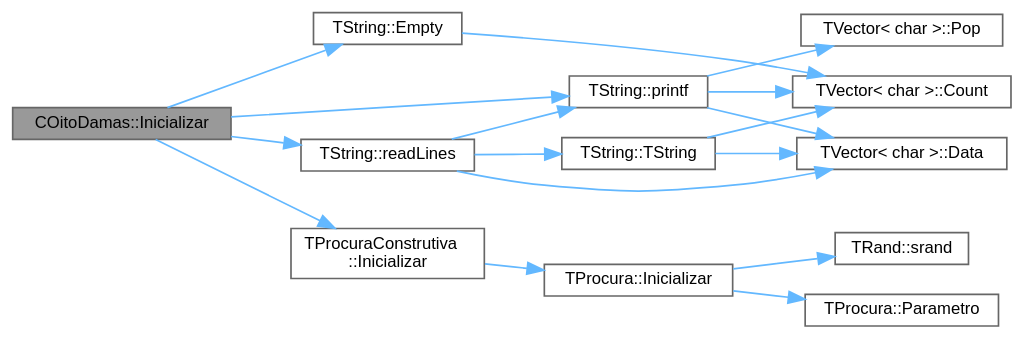
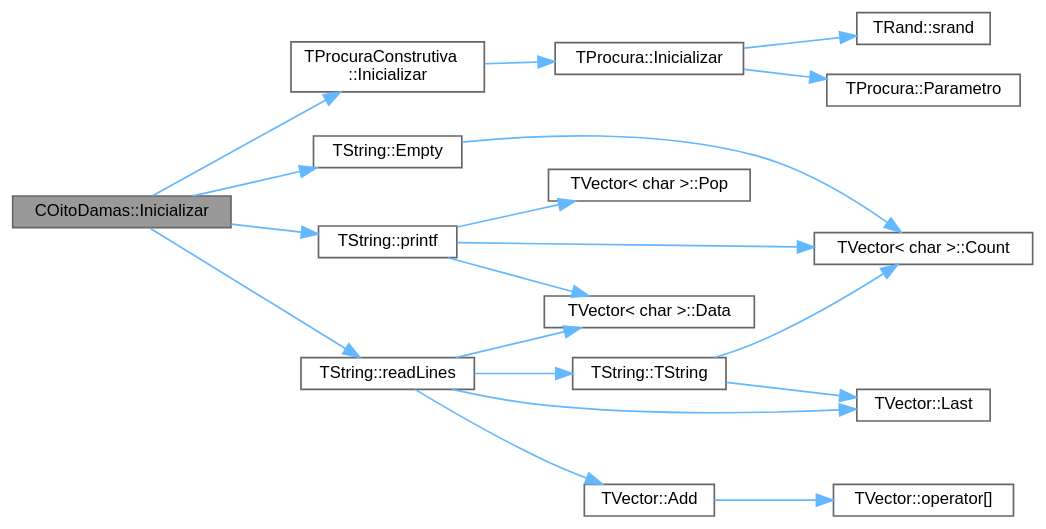
Before and after one commit to jcoelho72/TProcura: the diagram in classCOitoDamas_a48d0b8900af154394ad59db6d0d94214_cgraph.dot, drawn with Graphviz. The commit also changed 68 other files, not shown here.

```diff
--- a/classCOitoDamas_a48d0b8900af154394ad59db6d0d94214_cgraph.dot
+++ b/classCOitoDamas_a48d0b8900af154394ad59db6d0d94214_cgraph.dot
@@ -1,36 +1,41 @@
 digraph "COitoDamas::Inicializar"
 {
  // LATEX_PDF_SIZE
   bgcolor="transparent";
   edge [fontname=Helvetica,fontsize=10,labelfontname=Helvetica,labelfontsize=10];
   node [fontname=Helvetica,fontsize=10,shape=box,height=0.2,width=0.4];
   rankdir="LR";
   Node1 [id="Node000001",label="COitoDamas::Inicializar",height=0.2,width=0.4,color="gray40", fillcolor="grey60", style="filled", fontcolor="black",tooltip="Coloca o objecto no estado inicial da procura."];
   Node1 -> Node2 [id="edge1_Node000001_Node000002",color="steelblue1",style="solid",tooltip=" "];
   Node2 [id="Node000002",label="TString::Empty",height=0.2,width=0.4,color="grey40", fillcolor="white", style="filled",URL="$classTString.html#a8c4d6fec2dd3afac9a4f3442b786af33",tooltip=" "];
   Node2 -> Node3 [id="edge2_Node000002_Node000003",color="steelblue1",style="solid",tooltip=" "];
   Node3 [id="Node000003",label="TVector\< char \>::Count",height=0.2,width=0.4,color="grey40", fillcolor="white", style="filled",URL="$classTVector.html#ac3c744d84543ca6e32859eb7dfccfeef",tooltip=" "];
   Node1 -> Node4 [id="edge3_Node000001_Node000004",color="steelblue1",style="solid",tooltip=" "];
   Node4 [id="Node000004",label="TProcuraConstrutiva\l::Inicializar",height=0.2,width=0.4,color="grey40", fillcolor="white", style="filled",URL="$group__RedefinicaoMandatoria.html#ga2eabd047192d429686aeadf549136d44",tooltip="Coloca o objecto no estado inicial da procura."];
   Node4 -> Node5 [id="edge4_Node000004_Node000005",color="steelblue1",style="solid",tooltip=" "];
   Node5 [id="Node000005",label="TProcura::Inicializar",height=0.2,width=0.4,color="grey40", fillcolor="white", style="filled",URL="$classTProcura.html#a1af0e64ed79d99972d8d48fadf839f43",tooltip="Coloca o objecto no estado inicial da procura."];
   Node5 -> Node6 [id="edge5_Node000005_Node000006",color="steelblue1",style="solid",tooltip=" "];
   Node6 [id="Node000006",label="TProcura::Parametro",height=0.2,width=0.4,color="grey40", fillcolor="white", style="filled",URL="$classTProcura.html#a0e9e692f29af8a5d5279a8647c800437",tooltip=" "];
   Node5 -> Node7 [id="edge6_Node000005_Node000007",color="steelblue1",style="solid",tooltip=" "];
   Node7 [id="Node000007",label="TRand::srand",height=0.2,width=0.4,color="grey40", fillcolor="white", style="filled",URL="$namespaceTRand.html#ad0b319d6f58ab6820b001b4e3d3ae245",tooltip="Inicializa a semente da geração pseudo-aleatória."];
   Node1 -> Node8 [id="edge7_Node000001_Node000008",color="steelblue1",style="solid",tooltip=" "];
   Node8 [id="Node000008",label="TString::printf",height=0.2,width=0.4,color="grey40", fillcolor="white", style="filled",URL="$classTString.html#a4b9a718839325a0e057bc6e2483d3f17",tooltip=" "];
   Node8 -> Node3 [id="edge8_Node000008_Node000003",color="steelblue1",style="solid",tooltip=" "];
   Node8 -> Node9 [id="edge9_Node000008_Node000009",color="steelblue1",style="solid",tooltip=" "];
   Node9 [id="Node000009",label="TVector\< char \>::Data",height=0.2,width=0.4,color="grey40", fillcolor="white", style="filled",URL="$classTVector.html#addd572d70b587092fddc21a8b0f53120",tooltip="Acesso direto."];
   Node8 -> Node10 [id="edge10_Node000008_Node000010",color="steelblue1",style="solid",tooltip=" "];
   Node10 [id="Node000010",label="TVector\< char \>::Pop",height=0.2,width=0.4,color="grey40", fillcolor="white", style="filled",URL="$classTVector.html#a3249913626d54e46b07e168ce1f05d87",tooltip=" "];
   Node1 -> Node11 [id="edge11_Node000001_Node000011",color="steelblue1",style="solid",tooltip=" "];
   Node11 [id="Node000011",label="TString::readLines",height=0.2,width=0.4,color="grey40", fillcolor="white", style="filled",URL="$classTString.html#ae7b848f7e090aae31886c8fd535e1055",tooltip=" "];
-  Node11 -> Node9 [id="edge12_Node000011_Node000009",color="steelblue1",style="solid",tooltip=" "];
-  Node11 -> Node8 [id="edge13_Node000011_Node000008",color="steelblue1",style="solid",tooltip=" "];
-  Node11 -> Node12 [id="edge14_Node000011_Node000012",color="steelblue1",style="solid",tooltip=" "];
-  Node12 [id="Node000012",label="TString::TString",height=0.2,width=0.4,color="grey40", fillcolor="white", style="filled",URL="$classTString.html#a2fb70d94c8fdba6d90145a01aec1ce3f",tooltip=" "];
-  Node12 -> Node3 [id="edge15_Node000012_Node000003",color="steelblue1",style="solid",tooltip=" "];
-  Node12 -> Node9 [id="edge16_Node000012_Node000009",color="steelblue1",style="solid",tooltip=" "];
+  Node11 -> Node12 [id="edge12_Node000011_Node000012",color="steelblue1",style="solid",tooltip=" "];
+  Node12 [id="Node000012",label="TVector::Add",height=0.2,width=0.4,color="grey40", fillcolor="white", style="filled",URL="$classTVector.html#aa28afdd47b27c5e004fc75b86d6f66a6",tooltip=" "];
+  Node12 -> Node13 [id="edge13_Node000012_Node000013",color="steelblue1",style="solid",tooltip=" "];
+  Node13 [id="Node000013",label="TVector::operator[]",height=0.2,width=0.4,color="grey40", fillcolor="white", style="filled",URL="$classTVector.html#a372a42fd7c4a94fee43db36d6a339b33",tooltip="Acesso por índice com auto-expansão."];
+  Node11 -> Node9 [id="edge14_Node000011_Node000009",color="steelblue1",style="solid",tooltip=" "];
+  Node11 -> Node14 [id="edge15_Node000011_Node000014",color="steelblue1",style="solid",tooltip=" "];
+  Node14 [id="Node000014",label="TVector::Last",height=0.2,width=0.4,color="grey40", fillcolor="white", style="filled",URL="$classTVector.html#aa304d639c79ef2842f9951846c6292e3",tooltip=" "];
+  Node11 -> Node15 [id="edge16_Node000011_Node000015",color="steelblue1",style="solid",tooltip=" "];
+  Node15 [id="Node000015",label="TString::TString",height=0.2,width=0.4,color="grey40", fillcolor="white", style="filled",URL="$classTString.html#a2fb70d94c8fdba6d90145a01aec1ce3f",tooltip=" "];
+  Node15 -> Node3 [id="edge17_Node000015_Node000003",color="steelblue1",style="solid",tooltip=" "];
+  Node15 -> Node14 [id="edge18_Node000015_Node000014",color="steelblue1",style="solid",tooltip=" "];
 }
```
